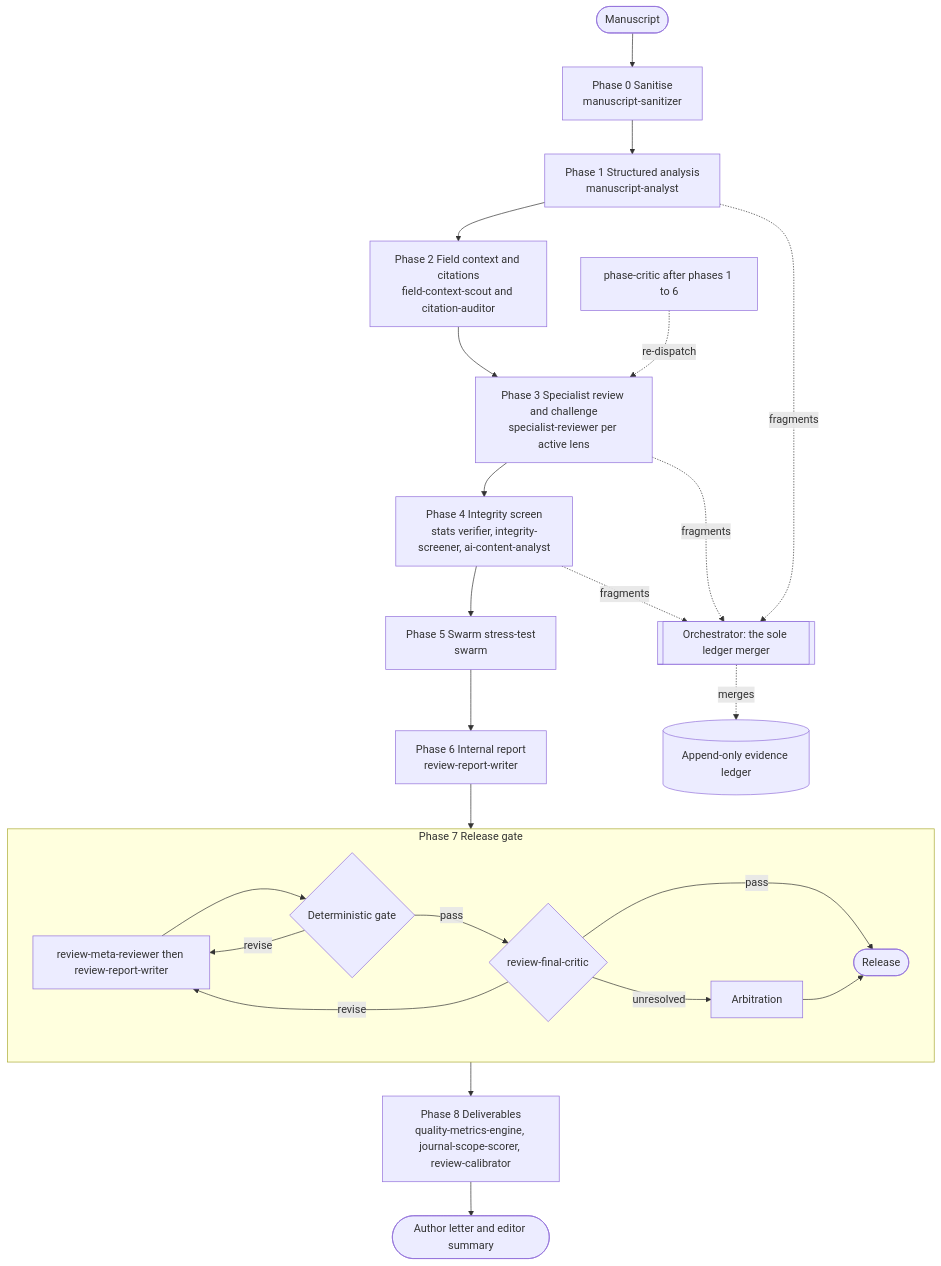
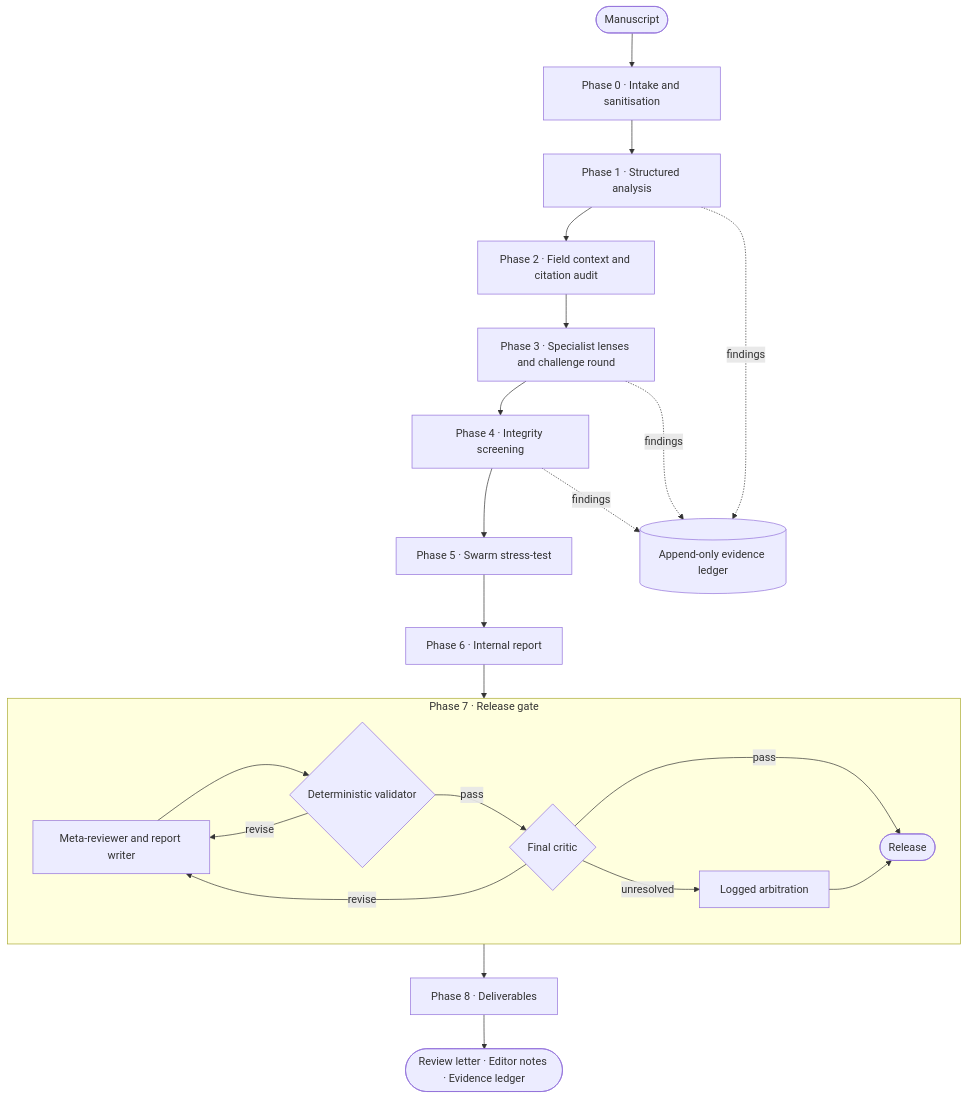
One commit to llewellynvz/maps-multi-agent-academic-peer-review-system changed the diagram in README.md. Above: the diagram before and after it, drawn with Mermaid. The commit also changed other lines of this file and 7 other files, not shown here.

````diff
--- a/README.md
+++ b/README.md
@@ -76,33 +83,29 @@
 ```mermaid
 flowchart TD
-    M([Manuscript])
-    P0[Phase 0 Sanitise<br/>manuscript-sanitizer]
-    P1[Phase 1 Structured analysis<br/>manuscript-analyst]
-    P2[Phase 2 Field context and citations<br/>field-context-scout and citation-auditor]
-    P3[Phase 3 Specialist review and challenge<br/>specialist-reviewer per active lens]
-    P4[Phase 4 Integrity screen<br/>stats verifier, integrity-screener, ai-content-analyst]
-    P5[Phase 5 Swarm stress-test<br/>swarm]
-    P6[Phase 6 Internal report<br/>review-report-writer]
-    P8[Phase 8 Deliverables<br/>quality-metrics-engine, journal-scope-scorer, review-calibrator]
-    OUT([Author letter and editor summary])
+    M([Manuscript]) --> P0[Phase 0 · Intake and sanitisation]
+    P0 --> P1[Phase 1 · Structured analysis]
+    P1 --> P2[Phase 2 · Field context and citation audit]
+    P2 --> P3[Phase 3 · Specialist lenses and challenge round]
+    P3 --> P4[Phase 4 · Integrity screening]
+    P4 --> P5[Phase 5 · Swarm stress-test]
+    P5 --> P6[Phase 6 · Internal report]
+    P6 --> G
 
-    subgraph G [Phase 7 Release gate]
+    subgraph G [Phase 7 · Release gate]
       direction LR
-      WR[review-meta-reviewer then review-report-writer] --> GV{Deterministic gate}
-      GV -- revise --> WR
-      GV -- pass --> FC{review-final-critic}
-      FC -- revise --> WR
-      FC -- pass --> REL([Release])
-      FC -- unresolved --> AR[Arbitration] --> REL
+      W[Meta-reviewer and report writer] --> V{Deterministic validator}
+      V -- revise --> W
+      V -- pass --> C{Final critic}
+      C -- revise --> W
+      C -- pass --> R([Release])
+      C -- unresolved --> A[Logged arbitration] --> R
     end
 
-    M --> P0 --> P1 --> P2 --> P3 --> P4 --> P5 --> P6 --> G --> P8 --> OUT
+    G --> P8[Phase 8 · Deliverables]
+    P8 --> OUT([Review letter · Editor notes · Evidence ledger])
 
     L[(Append-only evidence ledger)]
-    ORC[[Orchestrator: the sole ledger merger]]
-    P1 -. fragments .-> ORC
-    P3 -. fragments .-> ORC
-    P4 -. fragments .-> ORC
-    ORC -. merges .-> L
-    PC[phase-critic after phases 1 to 6] -. re-dispatch .-> P3
+    P1 -. findings .-> L
+    P3 -. findings .-> L
+    P4 -. findings .-> L
 ```
````
